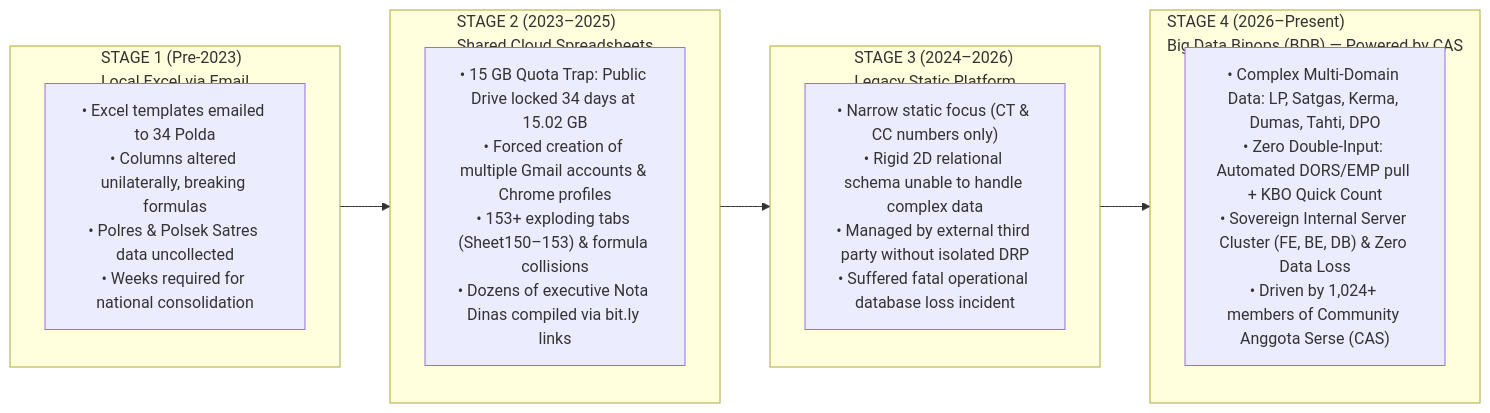
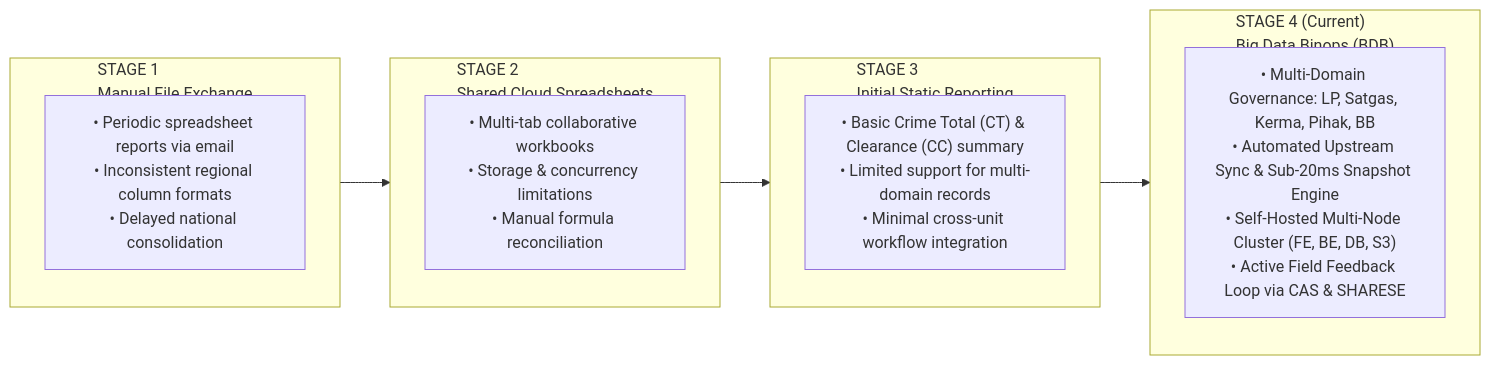
One commit to omeko42/big-data-binops changed the first of 2 diagrams in README.md. Above: the diagram before and after it, drawn with Mermaid. The commit also changed other lines of this file and 40 other files, not shown here.

````diff
--- a/README.md
+++ b/README.md
@@ -26,20 +26,20 @@
 ```mermaid
 flowchart LR
-    subgraph T1["STAGE 1 (Pre-2023)\nLocal Excel via Email"]
-        T1D["• Excel templates emailed to 34 Polda\n• Columns altered unilaterally, breaking formulas\n• Polres & Polsek Satres data uncollected\n• Weeks required for national consolidation"]
+    subgraph T1["STAGE 1\nManual File Exchange"]
+        T1D["• Periodic spreadsheet reports via email\n• Inconsistent regional column formats\n• Delayed national consolidation"]
     end
 
-    subgraph T2["STAGE 2 (2023–2025)\nShared Cloud Spreadsheets"]
-        T2D["• 15 GB Quota Trap: Public Drive locked 34 days at 15.02 GB\n• Forced creation of multiple Gmail accounts & Chrome profiles\n• 153+ exploding tabs (Sheet150–153) & formula collisions\n• Dozens of executive Nota Dinas compiled via bit.ly links"]
+    subgraph T2["STAGE 2\nShared Cloud Spreadsheets"]
+        T2D["• Multi-tab collaborative workbooks\n• Storage & concurrency limitations\n• Manual formula reconciliation"]
     end
 
-    subgraph T3["STAGE 3 (2024–2026)\nLegacy Static Platform"]
-        T3D["• Narrow static focus (CT & CC numbers only)\n• Rigid 2D relational schema unable to handle complex data\n• Managed by external third party without isolated DRP\n• Suffered fatal operational database loss incident"]
+    subgraph T3["STAGE 3\nInitial Static Reporting"]
+        T3D["• Basic Crime Total (CT) & Clearance (CC) summary\n• Limited support for multi-domain records\n• Minimal cross-unit workflow integration"]
     end
 
-    subgraph T4["STAGE 4 (2026–Present)\nBig Data Binops (BDB) — Powered by CAS"]
-        T4D["• Complex Multi-Domain Data: LP, Satgas, Kerma, Dumas, Tahti, DPO\n• Zero Double-Input: Automated DORS/EMP pull + KBO Quick Count\n• Sovereign Internal Server Cluster (FE, BE, DB) & Zero Data Loss\n• Driven by 1,024+ members of Community Anggota Serse (CAS)"]
+    subgraph T4["STAGE 4 (Current)\nBig Data Binops (BDB)"]
+        T4D["• Multi-Domain Governance: LP, Satgas, Kerma, Pihak, BB\n• Automated Upstream Sync & Sub-20ms Snapshot Engine\n• Self-Hosted Multi-Node Cluster (FE, BE, DB, S3)\n• Active Field Feedback Loop via CAS & SHARESE"]
     end
 
     T1 --> T2 --> T3 --> T4
 ```
````
